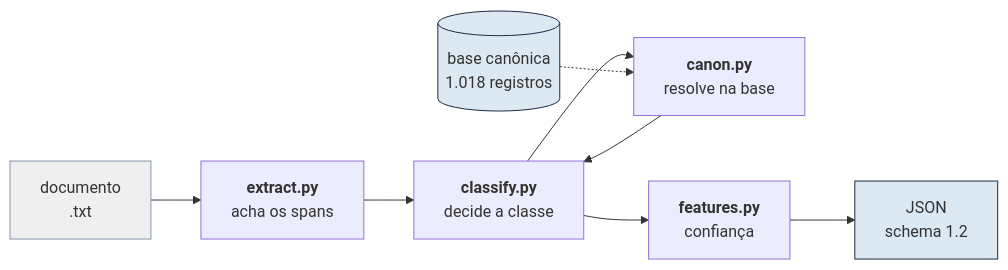
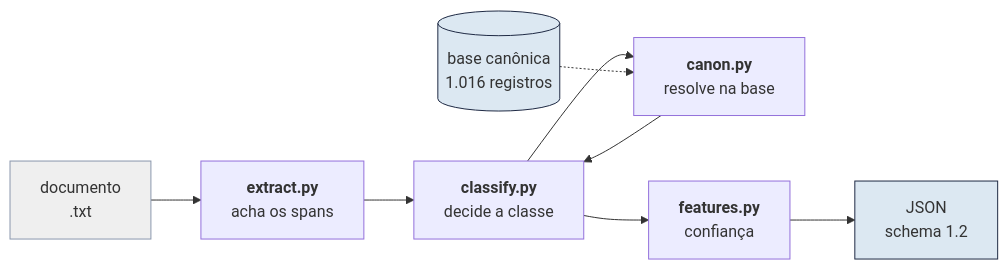
The second of 4 diagrams in README.md (CristhianKapelinski/baqueano-jus), drawn with Mermaid before and after one commit. The commit also changed other lines of this file and 24 other files, not shown here.

````diff
--- a/README.md
+++ b/README.md
@@ -101,14 +104,14 @@
 ```mermaid
 flowchart LR
     T["documento<br/>.txt"] --> E["<b>extract.py</b><br/>acha os spans"]
     E --> C["<b>classify.py</b><br/>decide a classe"]
     C --> N["<b>canon.py</b><br/>resolve na base"]
     N --> C
     C --> F["<b>features.py</b><br/>confiança"]
     F --> J["JSON<br/>schema 1.2"]
-    B[("base canônica<br/>1.018 registros")] -.-> N
+    B[("base canônica<br/>1.016 registros")] -.-> N
 
     style T fill:#EFEFEF,stroke:#8A97AD
     style J fill:#DCE8F2,stroke:#1F2A44
     style B fill:#DCE8F2,stroke:#1F2A44
 ```
````
